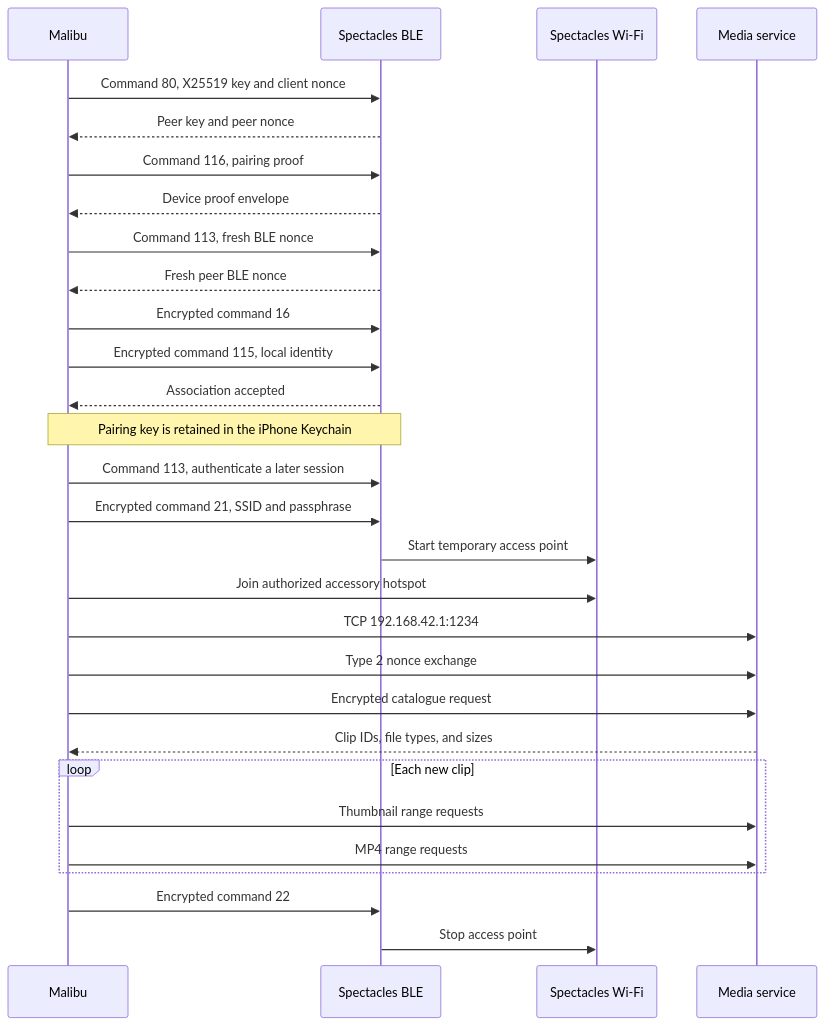
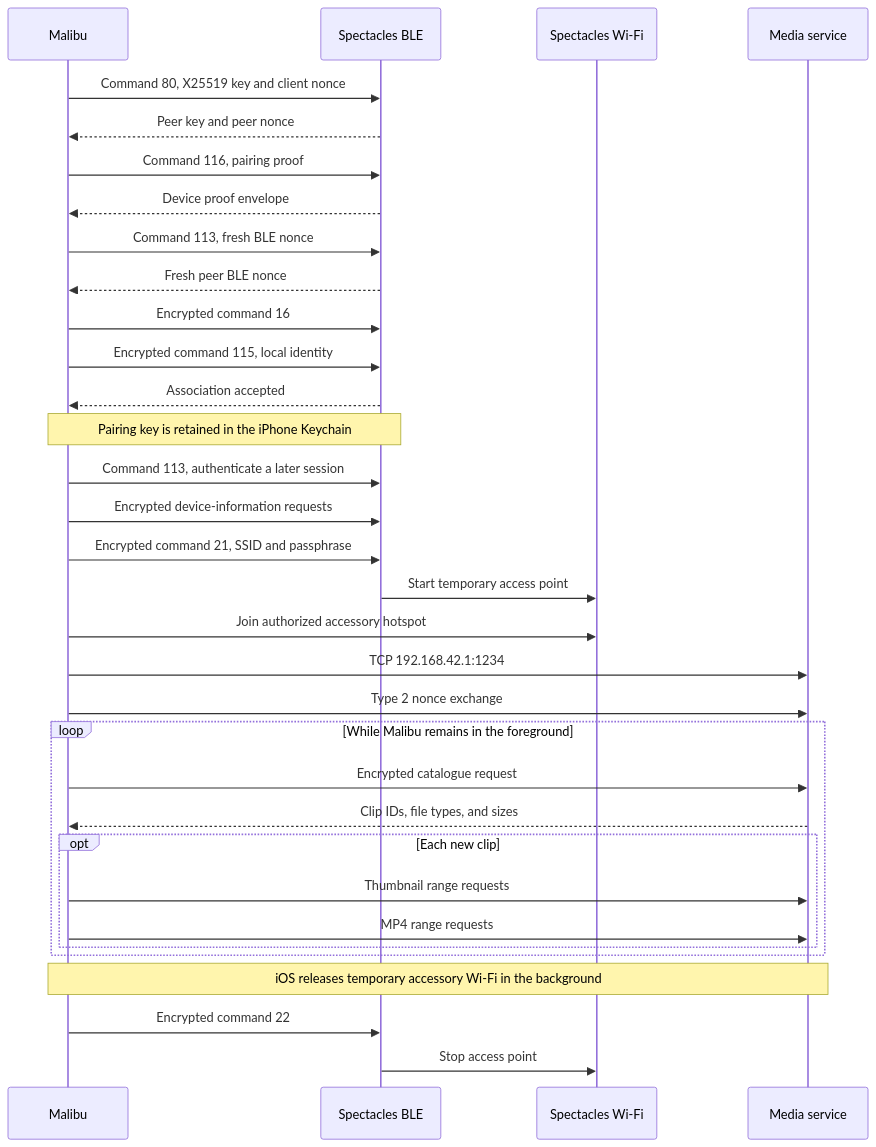
The diagram in docs/protocol.md (Cynostial/malibu), drawn with Mermaid before and after one commit. The commit also changed other lines of this file and 8 other files, not shown here.

````diff
--- a/docs/protocol.md
+++ b/docs/protocol.md
@@ -16,32 +16,36 @@
 ```mermaid
 sequenceDiagram
     participant App as Malibu
     participant BLE as Spectacles BLE
     participant AP as Spectacles Wi-Fi
     participant Media as Media service
 
     App->>BLE: Command 80, X25519 key and client nonce
     BLE-->>App: Peer key and peer nonce
     App->>BLE: Command 116, pairing proof
     BLE-->>App: Device proof envelope
     App->>BLE: Command 113, fresh BLE nonce
     BLE-->>App: Fresh peer BLE nonce
     App->>BLE: Encrypted command 16
     App->>BLE: Encrypted command 115, local identity
     BLE-->>App: Association accepted
     Note over App,BLE: Pairing key is retained in the iPhone Keychain
     App->>BLE: Command 113, authenticate a later session
+    App->>BLE: Encrypted device-information requests
     App->>BLE: Encrypted command 21, SSID and passphrase
     BLE->>AP: Start temporary access point
     App->>AP: Join authorized accessory hotspot
     App->>Media: TCP 192.168.42.1:1234
     App->>Media: Type 2 nonce exchange
-    App->>Media: Encrypted catalogue request
-    Media-->>App: Clip IDs, file types, and sizes
-    loop Each new clip
-        App->>Media: Thumbnail range requests
-        App->>Media: MP4 range requests
+    loop While Malibu remains in the foreground
+        App->>Media: Encrypted catalogue request
+        Media-->>App: Clip IDs, file types, and sizes
+        opt Each new clip
+            App->>Media: Thumbnail range requests
+            App->>Media: MP4 range requests
+        end
     end
+    Note over App,Media: iOS releases temporary accessory Wi-Fi in the background
     App->>BLE: Encrypted command 22
     BLE->>AP: Stop access point
 ```
````
